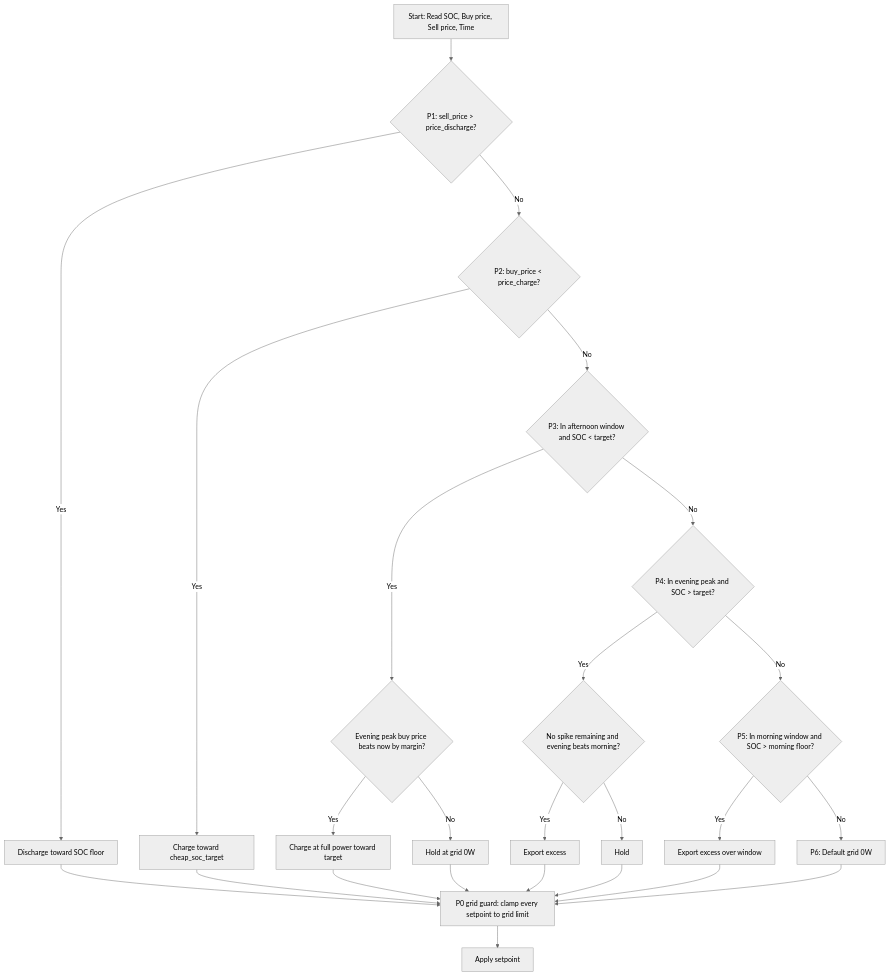
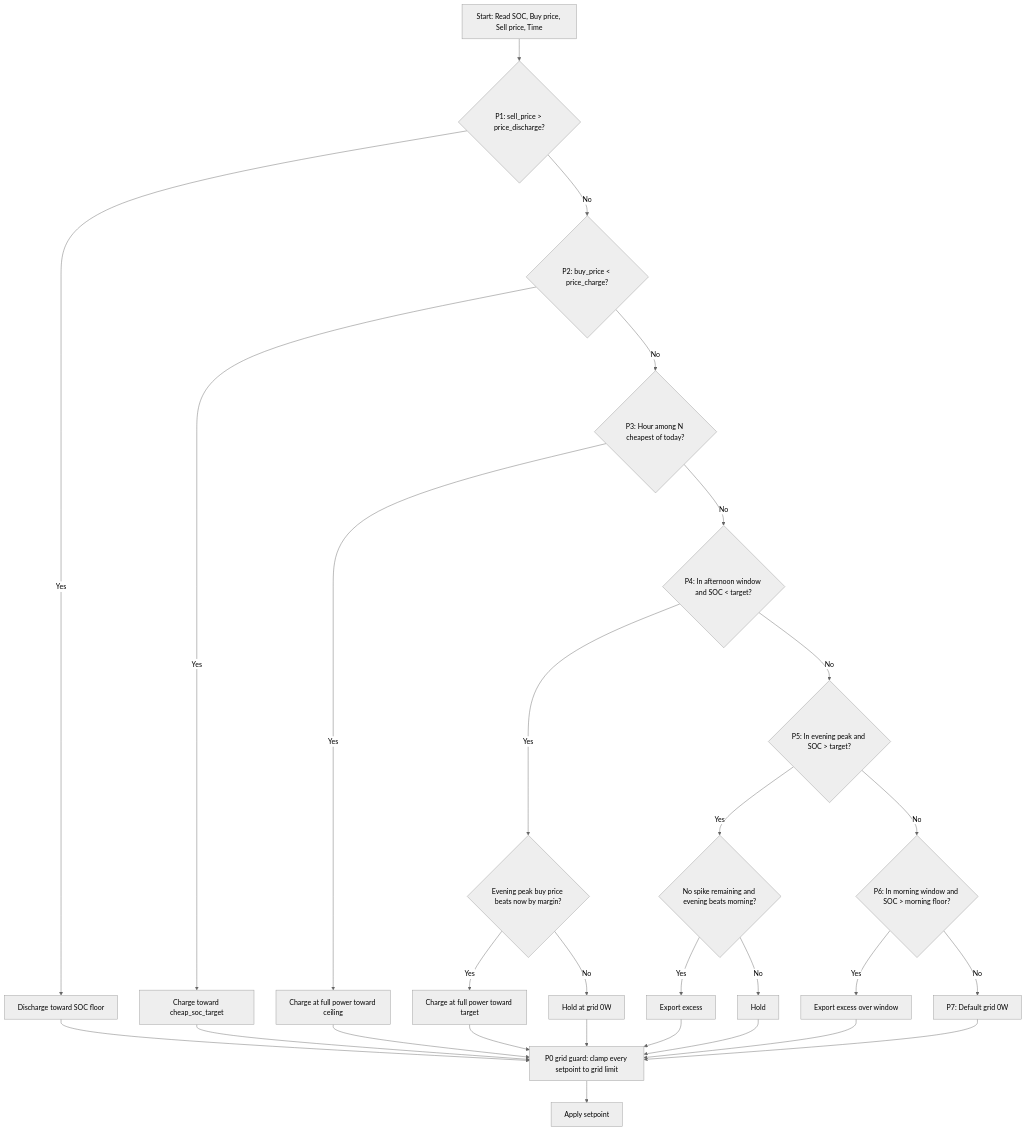
Before and after one commit to Atrium0804/SessyStrategy_HA: the diagram in docs/explanation/strategy-priority-chain.md, drawn with Mermaid. The commit also changed other lines of this file and 14 other files, not shown here.

````diff
--- a/docs/explanation/strategy-priority-chain.md
+++ b/docs/explanation/strategy-priority-chain.md
@@ -22,28 +23,31 @@
 ```mermaid
 %%{init: {'theme': 'neutral'}}%%
 flowchart TD
     A[Start: Read SOC, Buy price, Sell price, Time] --> B{P1: sell_price > price_discharge?}
     B -->|Yes| C[Discharge toward SOC floor]
     B -->|No| D{P2: buy_price < price_charge?}
     D -->|Yes| E[Charge toward cheap_soc_target]
-    D -->|No| F{P3: In afternoon window and SOC < target?}
+    D -->|No| CH{P3: Hour among N cheapest of today?}
+    CH -->|Yes| CHY[Charge at full power toward ceiling]
+    CH -->|No| F{P4: In afternoon window and SOC < target?}
     F -->|Yes| H{Evening peak buy price beats now by margin?}
     H -->|Yes| I[Charge at full power toward target]
     H -->|No| J[Hold at grid 0W]
-    F -->|No| K{P4: In evening peak and SOC > target?}
+    F -->|No| K{P5: In evening peak and SOC > target?}
     K -->|Yes| L{No spike remaining and evening beats morning?}
     L -->|Yes| N[Export excess]
     L -->|No| O[Hold]
-    K -->|No| P{P5: In morning window and SOC > morning floor?}
+    K -->|No| P{P6: In morning window and SOC > morning floor?}
     P -->|Yes| Q[Export excess over window]
-    P -->|No| R[P6: Default grid 0W]
+    P -->|No| R[P7: Default grid 0W]
     C --> S
     E --> S
+    CHY --> S
     I --> S
     J --> S
     N --> S
     O --> S
     Q --> S
     R --> S
     S[P0 grid guard: clamp every setpoint to grid limit] --> T[Apply setpoint]
 ```
````
